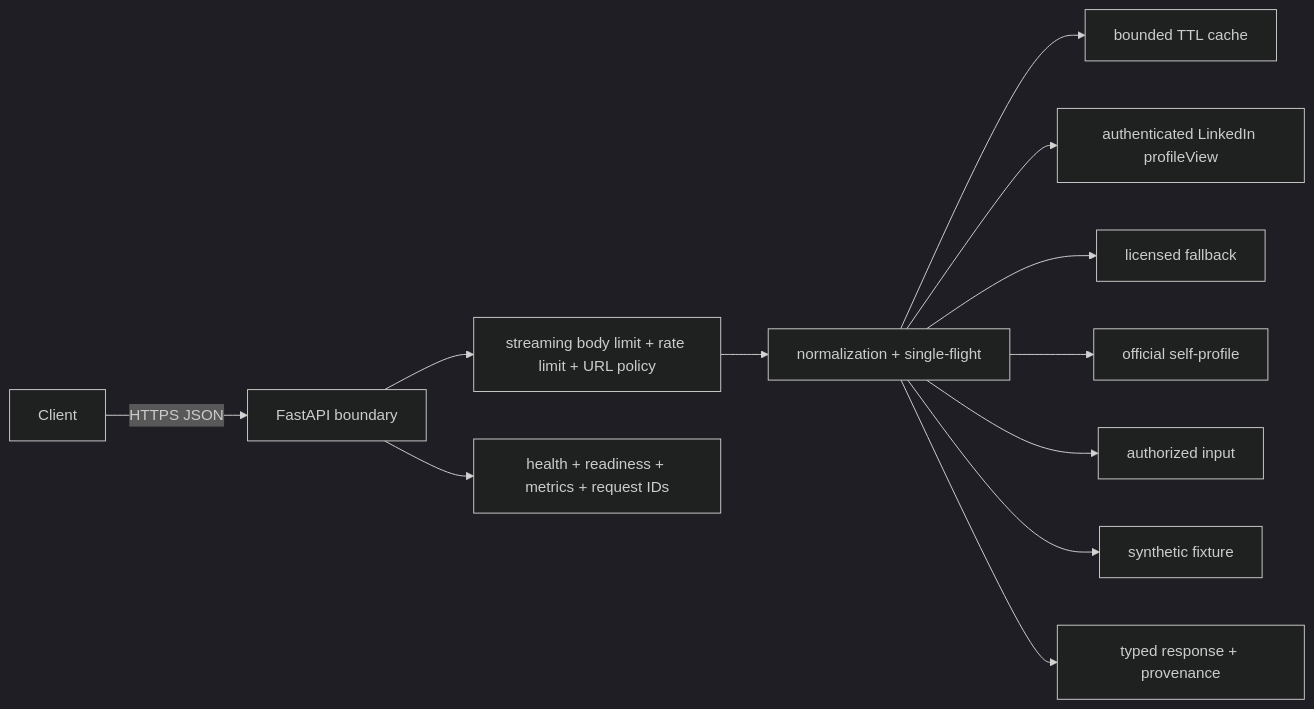
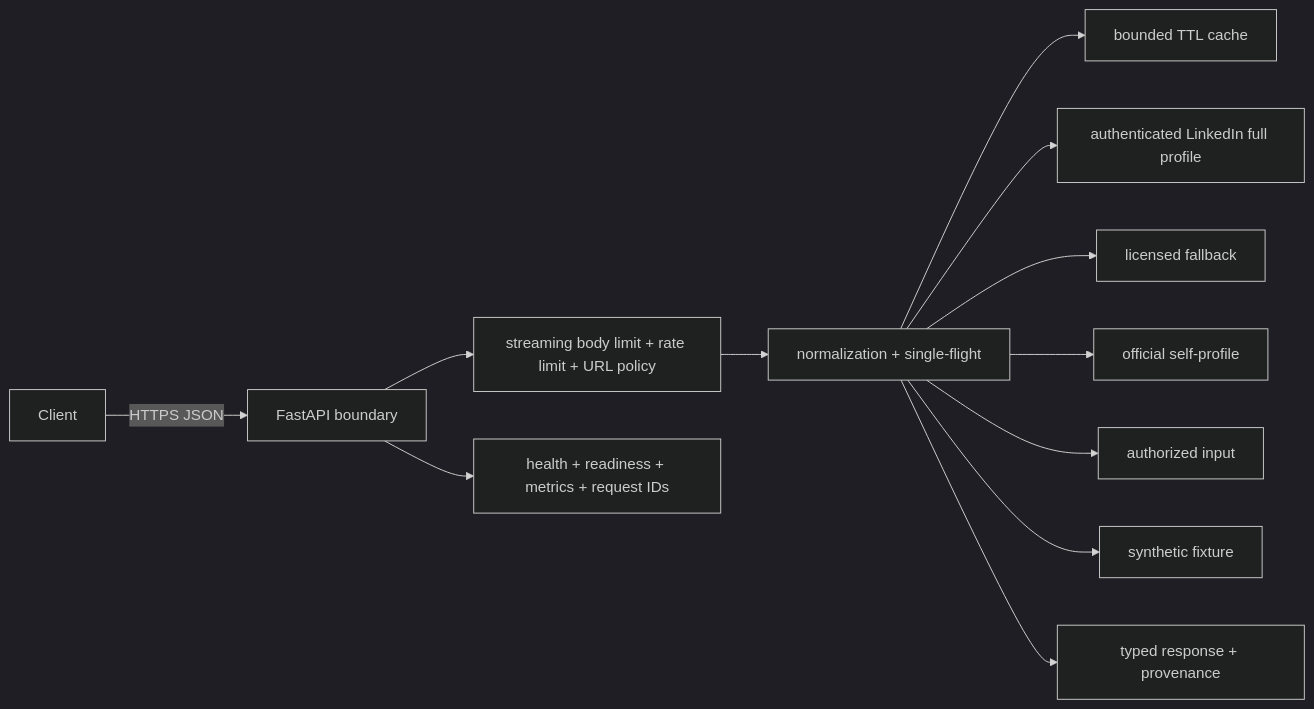
The diagram in README.md (RitwijParmar/ProfileProof), drawn with Mermaid (dark theme) before and after one commit. The commit also changed other lines of this file and 2 other files, not shown here.

Commit message:
Track LinkedIn full-profile entity graph

````diff
--- a/README.md
+++ b/README.md
@@ -53,14 +53,14 @@
 ```mermaid
 flowchart LR
   Client -->|HTTPS JSON| API[FastAPI boundary]
   API --> Guard[streaming body limit + rate limit + URL policy]
   Guard --> Service[normalization + single-flight]
   Service --> Cache[bounded TTL cache]
-  Service --> Voyager[authenticated LinkedIn profileView]
+  Service --> Voyager[authenticated LinkedIn full profile]
   Service --> PDL[licensed fallback]
   Service --> OIDC[official self-profile]
   Service --> Consent[authorized input]
   Service --> Demo[synthetic fixture]
   Service --> Schema[typed response + provenance]
   API --> Ops[health + readiness + metrics + request IDs]
 ```
````
